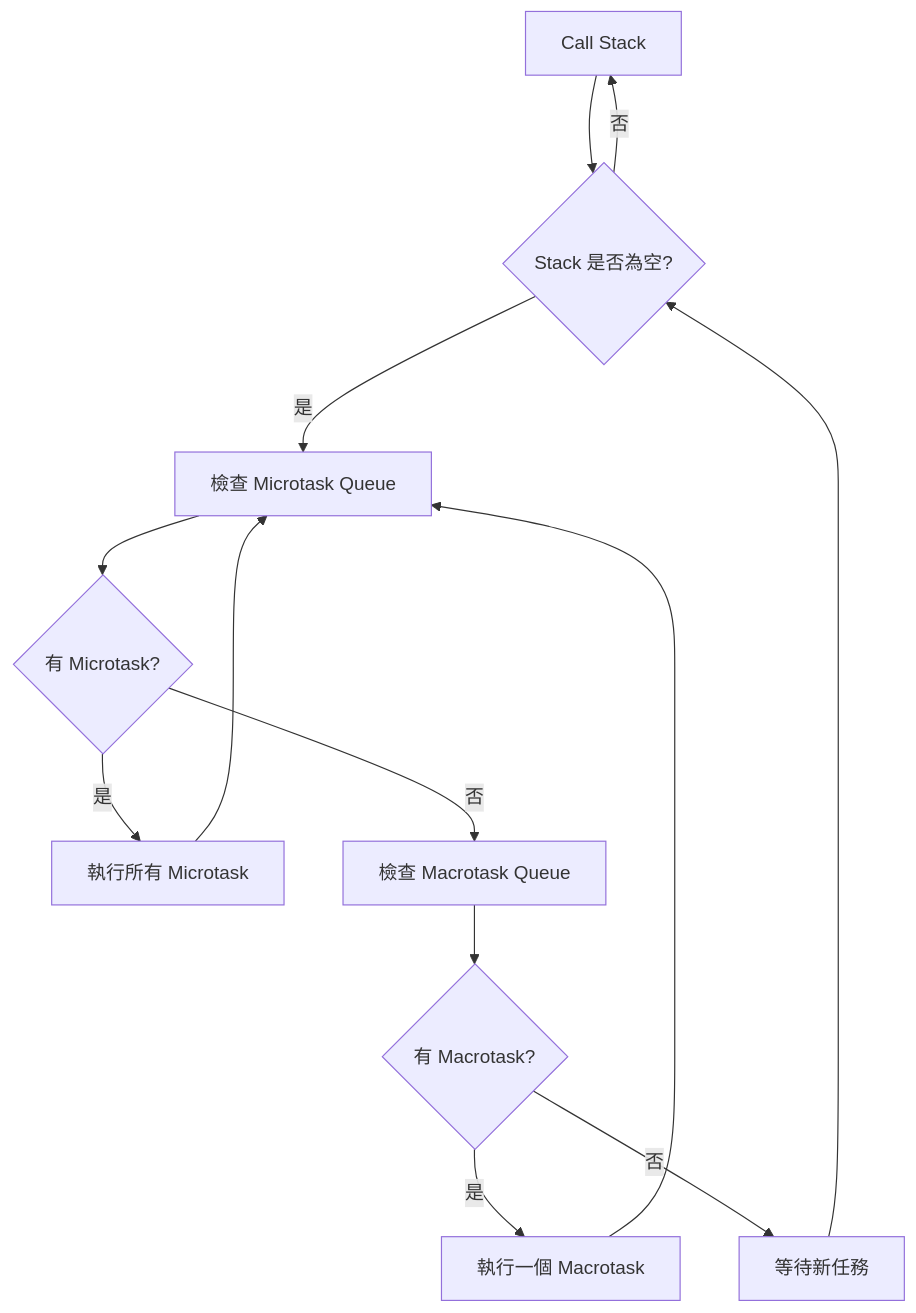
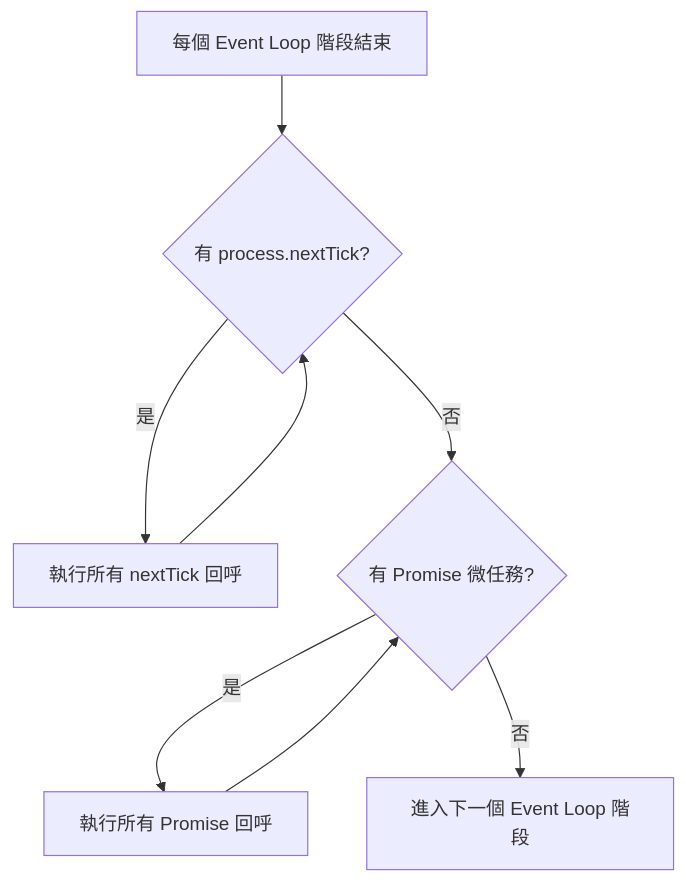
The third of 30 diagrams in content/posts/教學/framework/Node.js生態系教學手冊.md (chihhung/Blog), drawn with Mermaid before and after one commit. The commit also changed other lines of this file, not shown here.

````diff
--- a/content/posts/教學/framework/Node.js生態系教學手冊.md
+++ b/content/posts/教學/framework/Node.js生態系教學手冊.md
@@ -284,15 +488,10 @@
 ```mermaid
 graph TD
-    A[Call Stack] --> B{Stack 是否為空?}
-    B -->|否| A
-    B -->|是| C[檢查 Microtask Queue]
-    C --> D{有 Microtask?}
-    D -->|是| E[執行所有 Microtask]
-    E --> C
-    D -->|否| F[檢查 Macrotask Queue]
-    F --> G{有 Macrotask?}
-    G -->|是| H[執行一個 Macrotask]
-    H --> C
-    G -->|否| I[等待新任務]
-    I --> B
+    A[每個 Event Loop 階段結束] --> B{有 process.nextTick?}
+    B -->|是| C[執行所有 nextTick 回呼]
+    C --> B
+    B -->|否| D{有 Promise 微任務?}
+    D -->|是| E[執行所有 Promise 回呼]
+    E --> D
+    D -->|否| F[進入下一個 Event Loop 階段]
 ```
````
